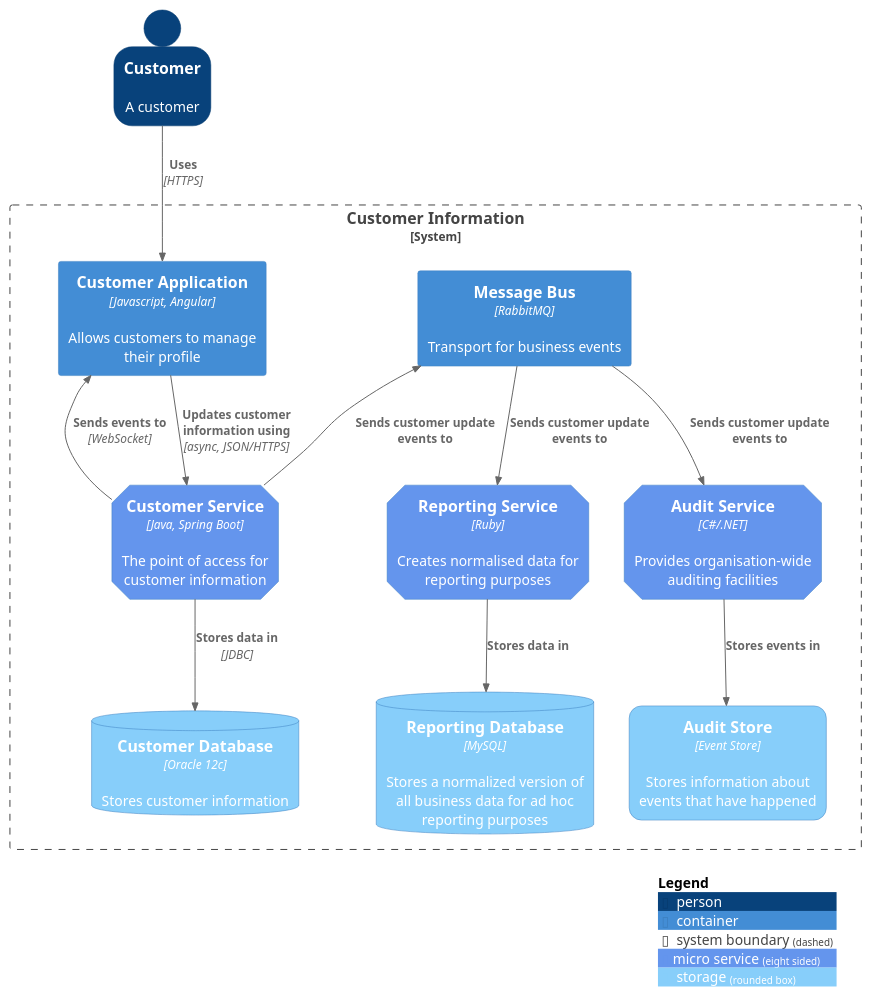
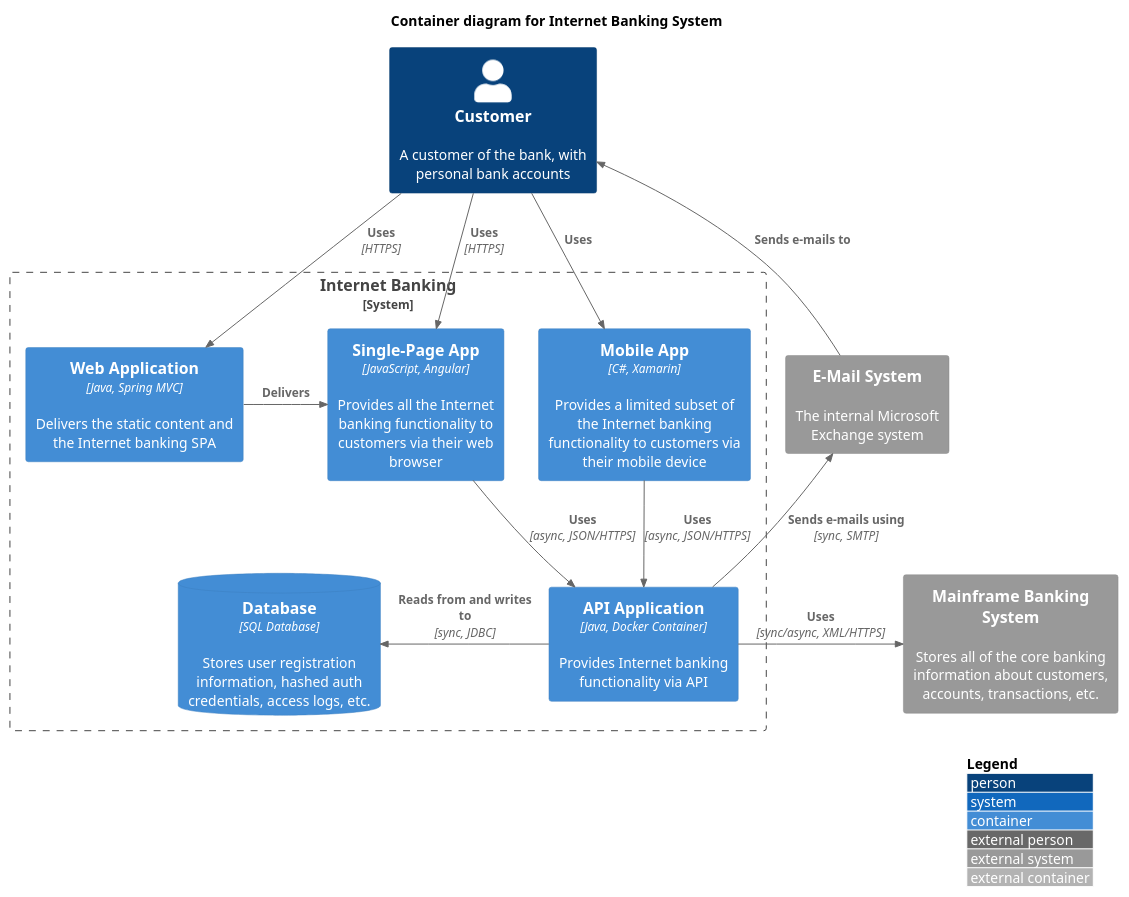
One commit to gfcrodriguespuc/workshop-projeto-software-c4-model changed the diagram in docs/container.puml. Above: the diagram before and after it, drawn with PlantUML. The commit also changed 2 other files, not shown here.

Commit message:
Usando reproduções com C4-PlantUML dos diagramas principais do modelo C4 criados por Simon Brown.

```diff
--- a/docs/container.puml
+++ b/docs/container.puml
@@ -1,41 +1,37 @@
-@startuml "messagebus"
+@startuml
 !include https://raw.githubusercontent.com/plantuml-stdlib/C4-PlantUML/master/C4_Container.puml
 ' uncomment the following line and comment the first to use locally
 ' !include C4_Container.puml
 
-AddElementTag("microService", $shape=EightSidedShape(), $bgColor="CornflowerBlue", $fontColor="white", $legendText="micro service\neight sided")
-AddElementTag("storage", $shape=RoundedBoxShape(), $bgColor="lightSkyBlue", $fontColor="white")
+' LAYOUT_TOP_DOWN()
+' LAYOUT_AS_SKETCH()
+LAYOUT_WITH_LEGEND()
 
-SHOW_PERSON_OUTLINE()
+title Container diagram for Internet Banking System
 
-Person(customer, Customer, "A customer")
+Person(customer, Customer, "A customer of the bank, with personal bank accounts")
 
-System_Boundary(c1, "Customer Information") {
-    Container(app, "Customer Application", "Javascript, Angular", "Allows customers to manage their profile")
-    Container(customer_service, "Customer Service", "Java, Spring Boot", "The point of access for customer information", $tags = "microService")
-    Container(message_bus, "Message Bus", "RabbitMQ", "Transport for business events")
-    Container(reporting_service, "Reporting Service", "Ruby", "Creates normalised data for reporting purposes", $tags = "microService")
-    Container(audit_service, "Audit Service", "C#/.NET", "Provides organisation-wide auditing facilities", $tags = "microService")
-    ContainerDb(customer_db, "Customer Database", "Oracle 12c", "Stores customer information", $tags = "storage")
-    ContainerDb(reporting_db, "Reporting Database", "MySQL", "Stores a normalized version of all business data for ad hoc reporting purposes", $tags = "storage")
-    Container(audit_store, "Audit Store", "Event Store", "Stores information about events that have happened", $tags = "storage")
+System_Boundary(c1, "Internet Banking") {
+    Container(web_app, "Web Application", "Java, Spring MVC", "Delivers the static content and the Internet banking SPA")
+    Container(spa, "Single-Page App", "JavaScript, Angular", "Provides all the Internet banking functionality to customers via their web browser")
+    Container(mobile_app, "Mobile App", "C#, Xamarin", "Provides a limited subset of the Internet banking functionality to customers via their mobile device")
+    ContainerDb(database, "Database", "SQL Database", "Stores user registration information, hashed auth credentials, access logs, etc.")
+    Container(backend_api, "API Application", "Java, Docker Container", "Provides Internet banking functionality via API")
 }
 
-Rel_D(customer, app, "Uses", "HTTPS")
+System_Ext(email_system, "E-Mail System", "The internal Microsoft Exchange system")
+System_Ext(banking_system, "Mainframe Banking System", "Stores all of the core banking information about customers, accounts, transactions, etc.")
 
-Rel_D(app, customer_service, "Updates customer information using", "async, JSON/HTTPS")
+Rel(customer, web_app, "Uses", "HTTPS")
+Rel(customer, spa, "Uses", "HTTPS")
+Rel(customer, mobile_app, "Uses")
 
-Rel_U(customer_service, app, "Sends events to", "WebSocket")
-Rel_U(customer_service, message_bus, "Sends customer update events to")
-Rel(customer_service, customer_db, "Stores data in", "JDBC")
+Rel_Neighbor(web_app, spa, "Delivers")
+Rel(spa, backend_api, "Uses", "async, JSON/HTTPS")
+Rel(mobile_app, backend_api, "Uses", "async, JSON/HTTPS")
+Rel_Back_Neighbor(database, backend_api, "Reads from and writes to", "sync, JDBC")
 
-Rel(message_bus, reporting_service, "Sends customer update events to")
-Rel(message_bus, audit_service, "Sends customer update events to")
-
-Rel(reporting_service, reporting_db, "Stores data in")
-Rel(audit_service, audit_store, "Stores events in")
-
-Lay_R(reporting_service, audit_service)
-
-SHOW_LEGEND()
+Rel_Back(customer, email_system, "Sends e-mails to")
+Rel_Back(email_system, backend_api, "Sends e-mails using", "sync, SMTP")
+Rel_Neighbor(backend_api, banking_system, "Uses", "sync/async, XML/HTTPS")
 @enduml
```
